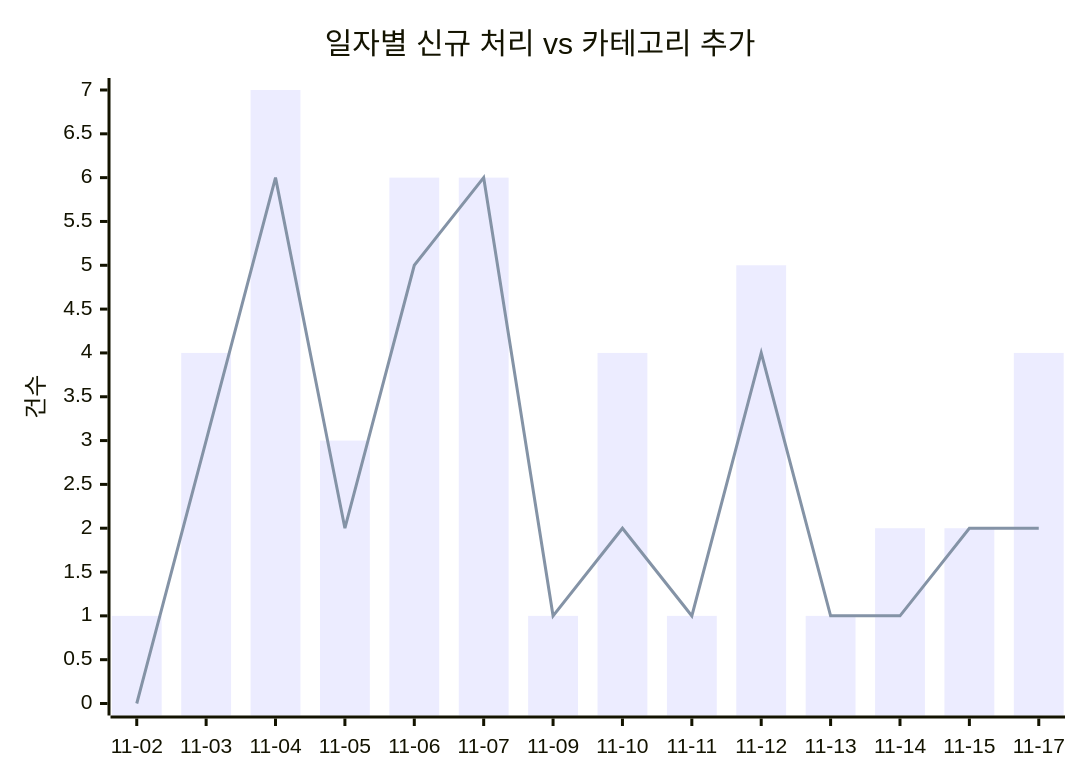
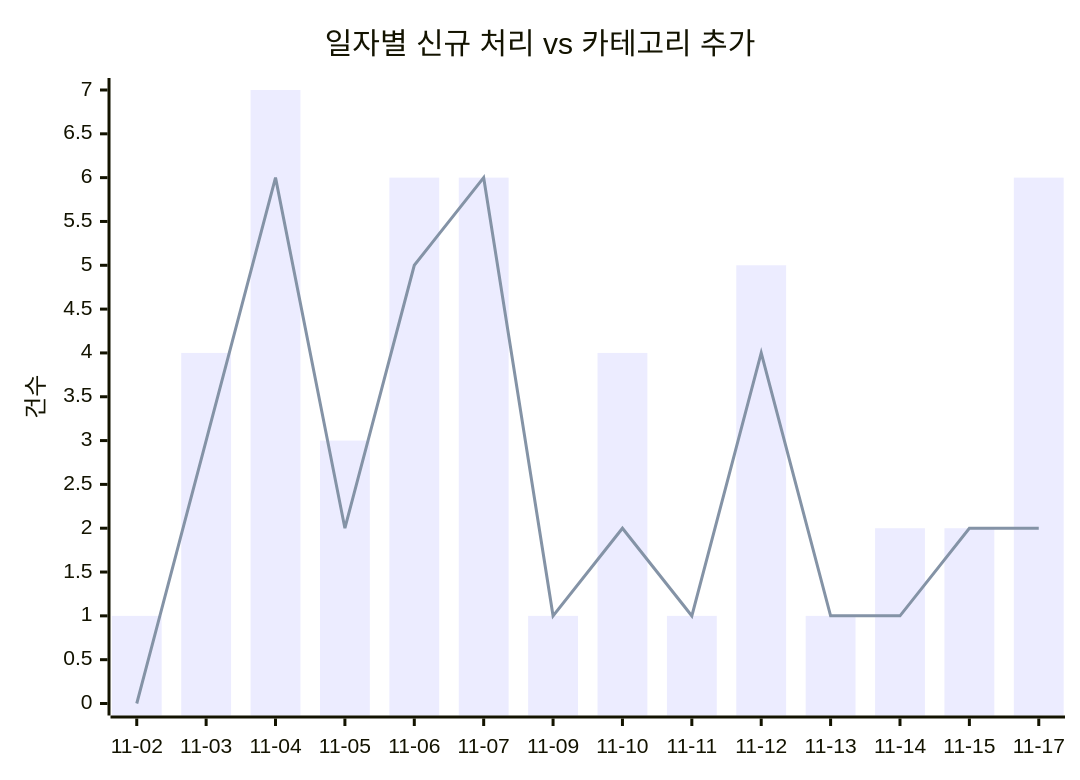
One commit to J-nowcow/awesome-korean-agent-skills changed the first of 2 diagrams in docs/trends.md. Above: the diagram before and after it, drawn with Mermaid. The commit also changed other lines of this file and 2 other files, not shown here.

````diff
--- a/docs/trends.md
+++ b/docs/trends.md
@@ -32,8 +32,8 @@
 ```mermaid
 xychart-beta
     title "일자별 신규 처리 vs 카테고리 추가"
     x-axis ["11-02","11-03","11-04","11-05","11-06","11-07","11-09","11-10","11-11","11-12","11-13","11-14","11-15","11-17"]
     y-axis "건수"
-    bar [1,4,7,3,6,6,1,4,1,5,1,2,2,4]
+    bar [1,4,7,3,6,6,1,4,1,5,1,2,2,6]
     line [0,3,6,2,5,6,1,2,1,4,1,1,2,2]
 ```
````
